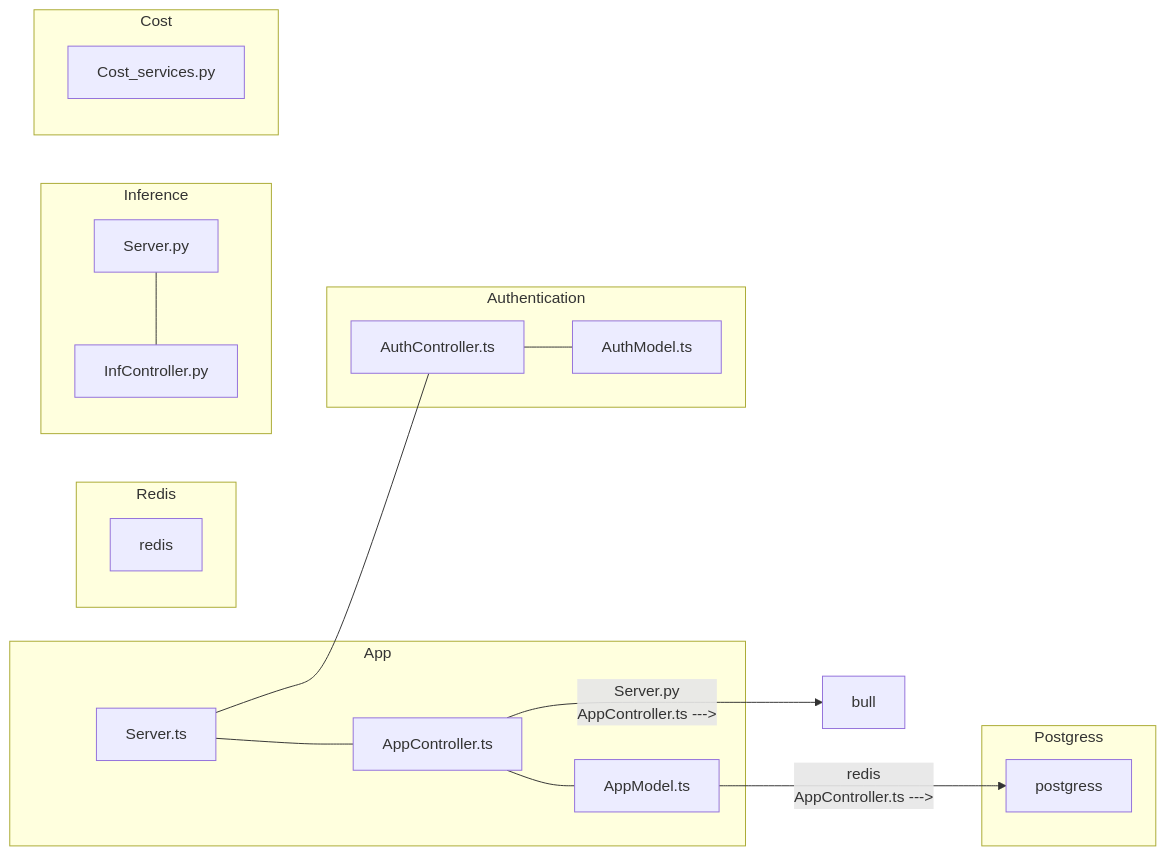
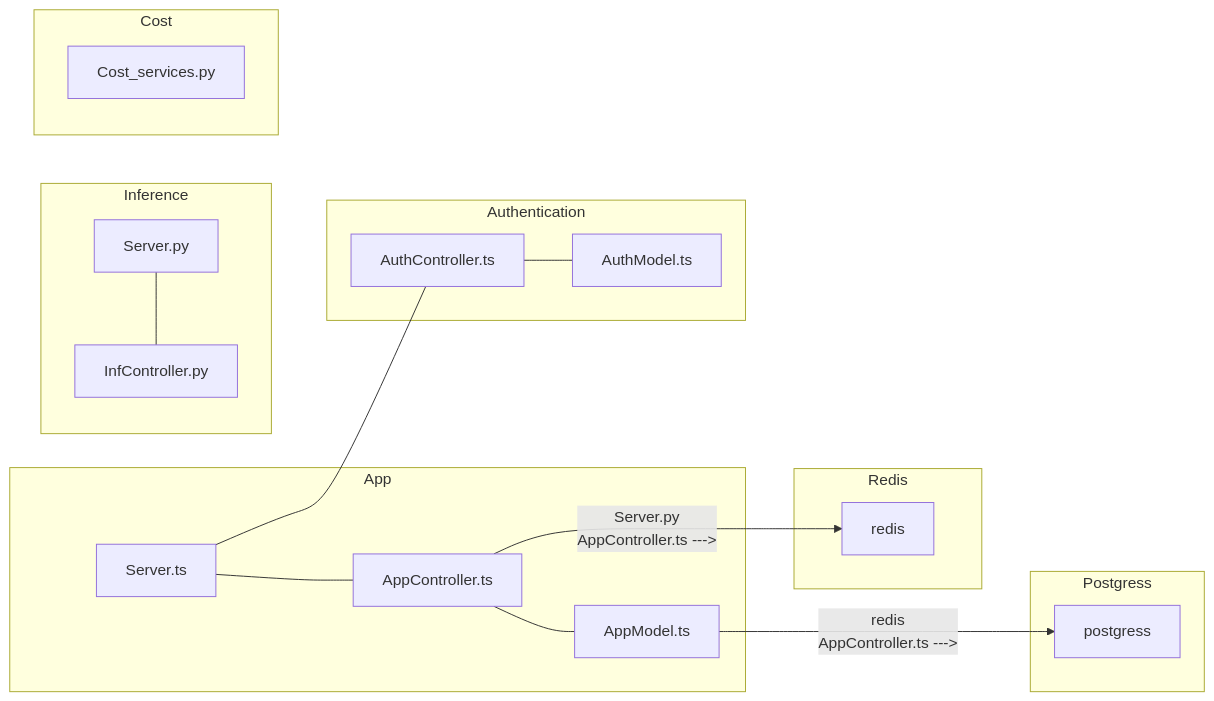
One commit to AgneseBruglia/PA2024 changed the second of 8 diagrams in README.md. Above: the diagram before and after it, drawn with Mermaid.

````diff
--- a/README.md
+++ b/README.md
@@ -30,41 +30,41 @@
 ```mermaid
 graph LR;
     subgraph App
     Server.ts --- AppController.ts 
     AppController.ts 
     AppModel.ts 
     AppController.ts --- AppModel.ts
     end
 
     subgraph Redis
     redis
     end
 
     subgraph Authentication
     Server.ts --- AuthController.ts
     AuthController.ts 
     AuthModel.ts 
     AuthController.ts --- AuthModel.ts
     end
 
     subgraph Inference
     Server.py --- InfController.py
     InfController.py
     end
 
     subgraph Postgress
     postgress
     end
 
     subgraph Cost
     Cost_services.py
     end
 
     AppModel.ts --->| redis
     AppController.ts --->| postgress
     AppController.ts --->| Server.py
-    AppController.ts --->| bull
+    AppController.ts --->| redis
      
 
     
 ```
````
